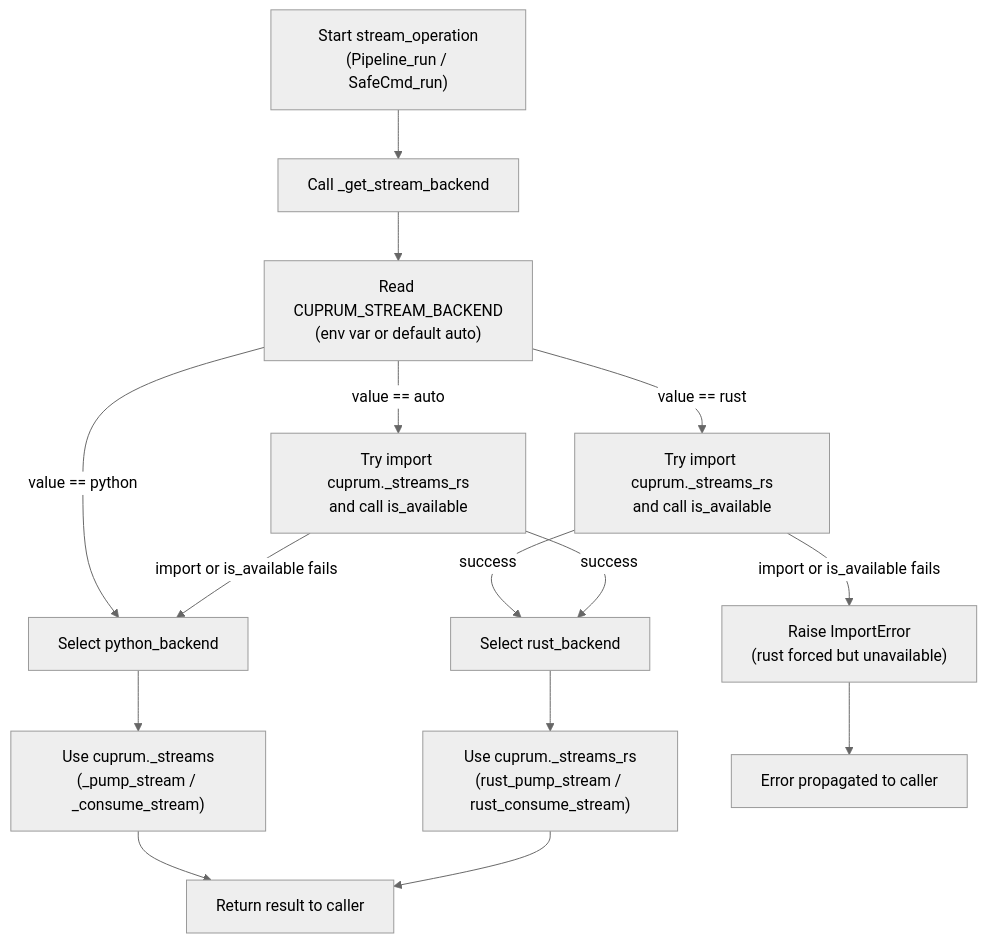
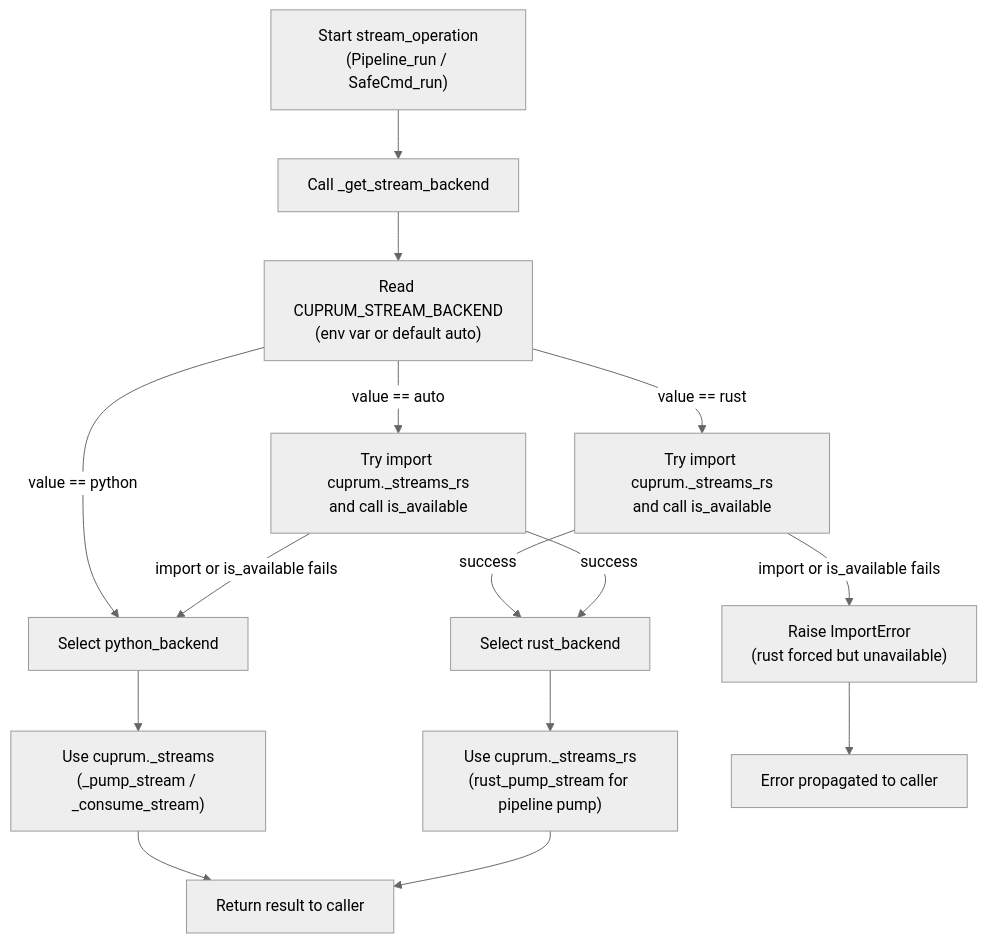
The eighth of 8 diagrams in docs/cuprum-design.md (leynos/cuprum), drawn with Mermaid (neutral theme) before and after one commit. The commit also changed other lines of this file and 6 other files, not shown here.

First line of the commit message:
Annotate rust_consume_stream as implemented but not integrated (#127) (#164)

````diff
--- a/docs/cuprum-design.md
+++ b/docs/cuprum-design.md
@@ -1790,29 +1810,29 @@
 ```mermaid
 flowchart TD
     A["Start stream_operation
 (Pipeline_run / SafeCmd_run)"] --> B["Call _get_stream_backend"]
     B --> C["Read CUPRUM_STREAM_BACKEND
 (env var or default auto)"]
 
     C -->|"value == rust"| D["Try import cuprum._streams_rs
 and call is_available"]
     C -->|"value == python"| E["Select python_backend"]
     C -->|"value == auto"| F["Try import cuprum._streams_rs
 and call is_available"]
 
     D -->|"import or is_available fails"| G["Raise ImportError
 (rust forced but unavailable)"]
     D -->|"success"| H["Select rust_backend"]
 
     F -->|"success"| H
     F -->|"import or is_available fails"| E
 
     E --> I["Use cuprum._streams
 (_pump_stream / _consume_stream)"]
     H --> J["Use cuprum._streams_rs
-(rust_pump_stream / rust_consume_stream)"]
+(rust_pump_stream for pipeline pump)"]
 
     I --> K["Return result to caller"]
     J --> K
     G --> L["Error propagated to caller"]
 ```
````
